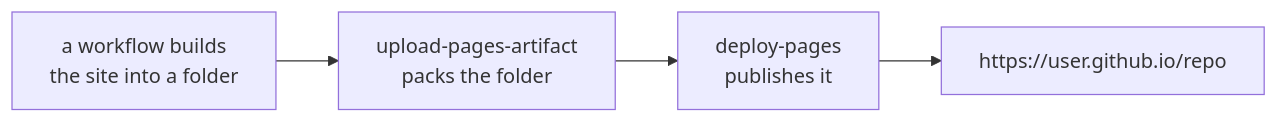
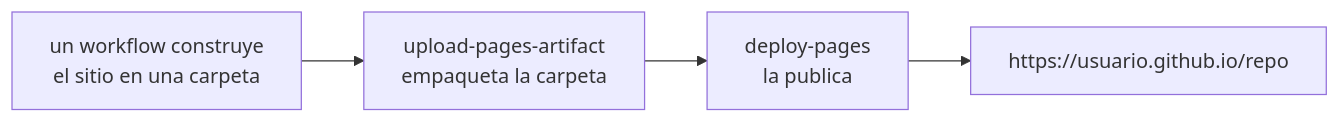
The diagram in docs/guide/github/pages.md (jparisu/nim-arena), drawn with Mermaid before and after one commit. The commit also changed other lines of this file and 159 other files, not shown here.

````diff
--- a/docs/guide/github/pages.md
+++ b/docs/guide/github/pages.md
@@ -51,6 +54,6 @@
 ```mermaid
 flowchart LR
-    A["a workflow builds<br/>the site into a folder"] --> B["upload-pages-artifact<br/>packs the folder"]
-    B --> C["deploy-pages<br/>publishes it"]
-    C --> D["https://user.github.io/repo"]
+    A["un workflow construye<br/>el sitio en una carpeta"] --> B["upload-pages-artifact<br/>empaqueta la carpeta"]
+    B --> C["deploy-pages<br/>la publica"]
+    C --> D["https://usuario.github.io/repo"]
 ```
````
